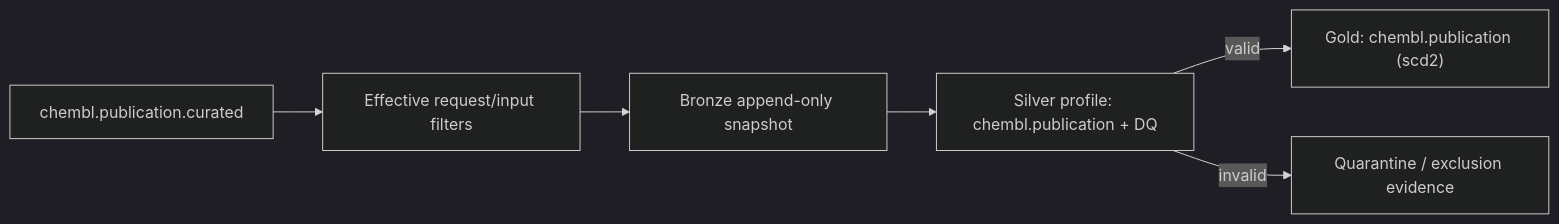
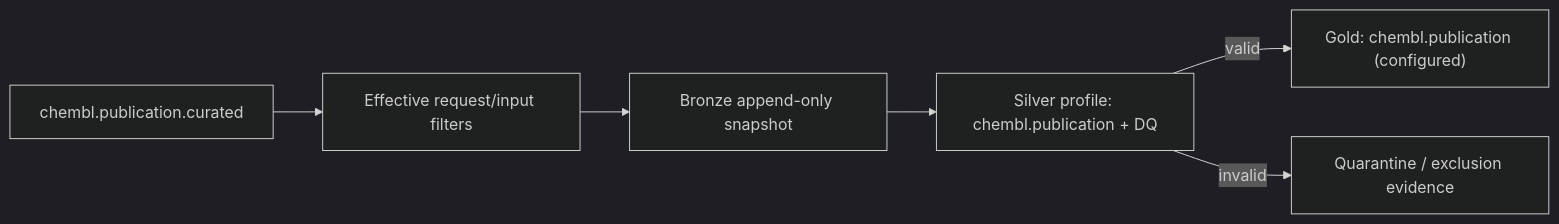
Before and after one commit to SatoryKono/BioactivityDataAcquisition: the diagram in docs/04-reference/passports/pipelines/chembl-publication.md, drawn with Mermaid (dark theme). The commit also changed other lines of this file and 92 other files, not shown here.

````diff
--- a/docs/04-reference/passports/pipelines/chembl-publication.md
+++ b/docs/04-reference/passports/pipelines/chembl-publication.md
@@ -59,12 +58,12 @@
 ```mermaid
 flowchart LR
     Source["chembl.publication.curated"]
     Filters["Effective request/input filters"]
     Bronze["Bronze append-only snapshot"]
     Silver["Silver profile: chembl.publication + DQ"]
     Quarantine["Quarantine / exclusion evidence"]
-    Gold["Gold: chembl.publication (scd2)"]
+    Gold["Gold: chembl.publication (configured)"]
     Source --> Filters --> Bronze --> Silver
     Silver -->|valid| Gold
     Silver -->|invalid| Quarantine
 ```
````
